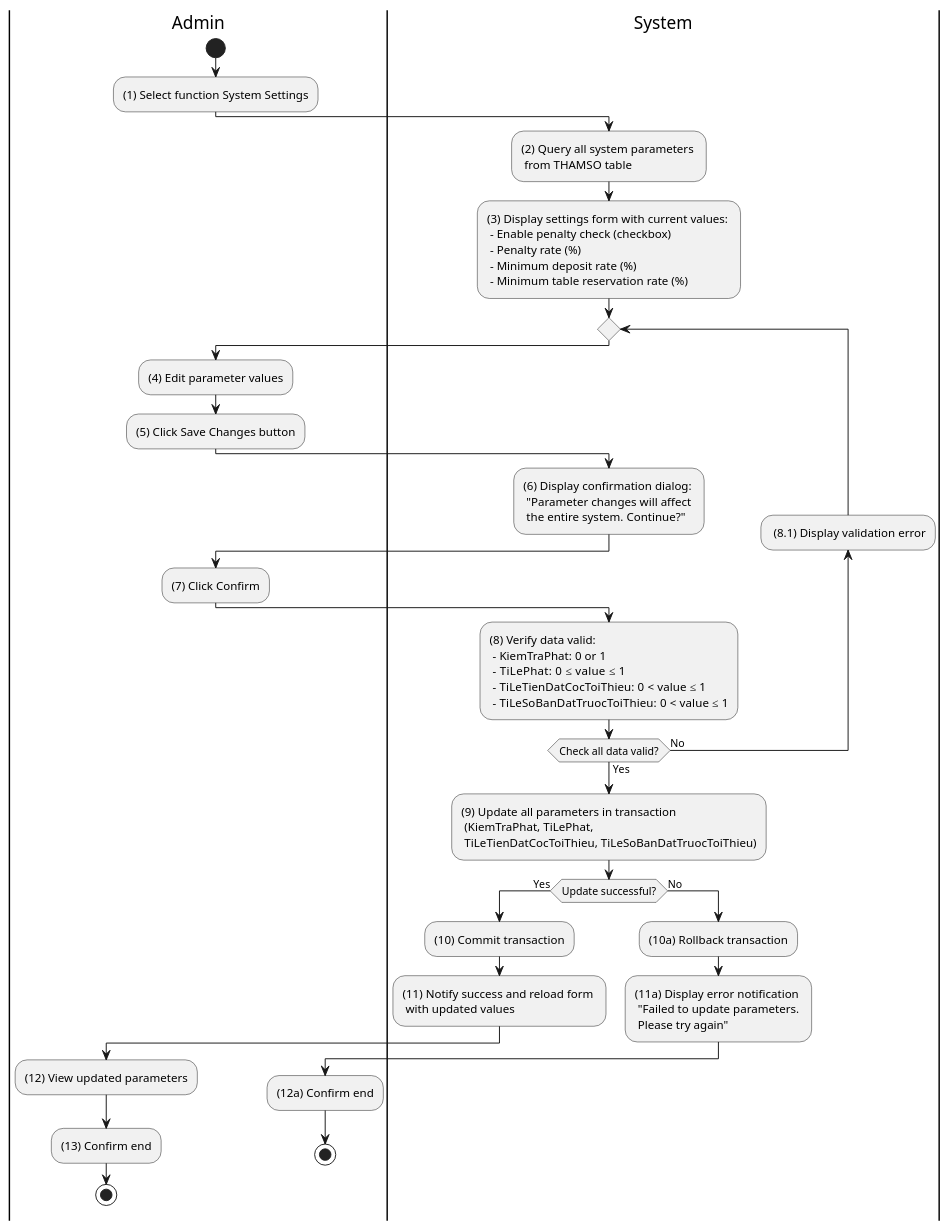
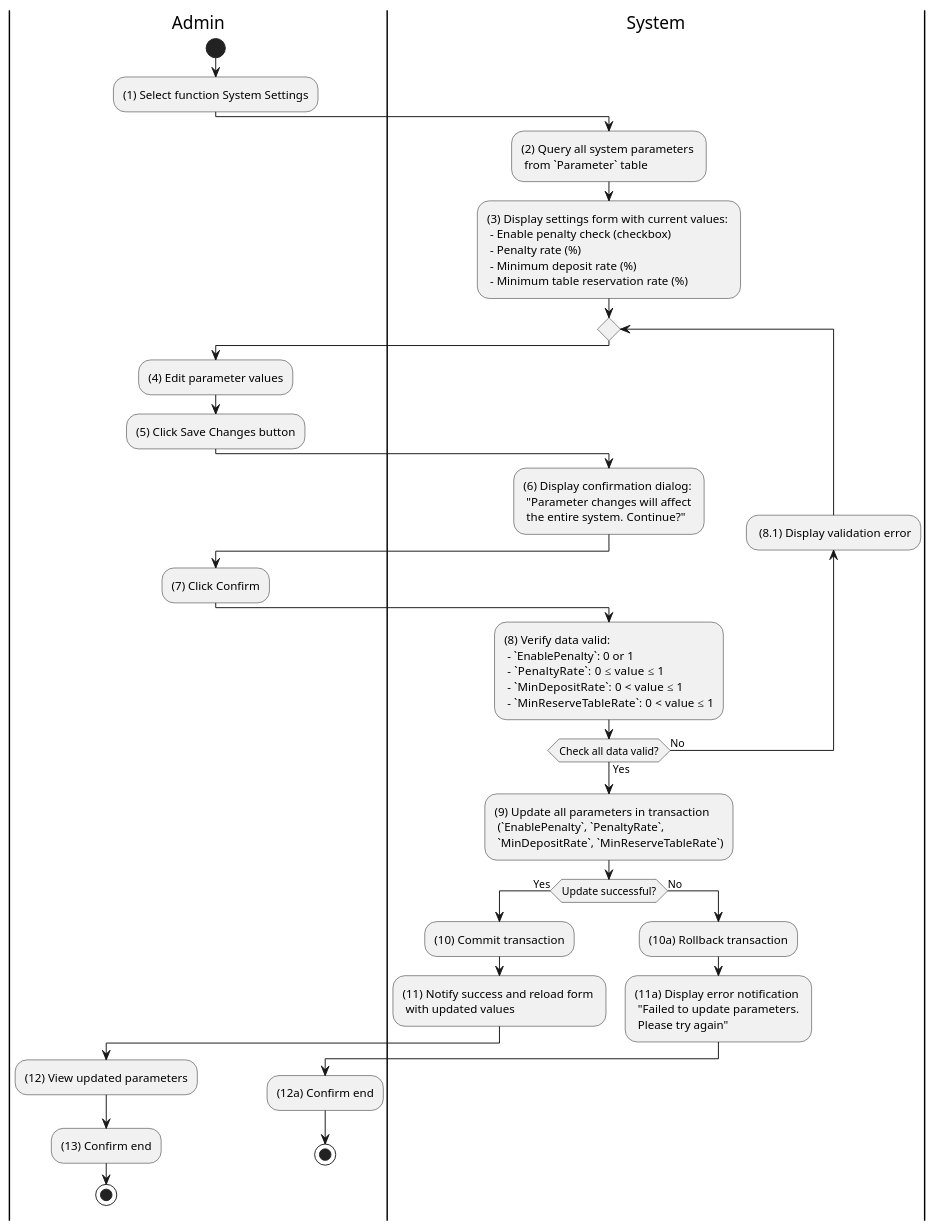
Before and after one commit to se113-wm/se113-wm.github.io: the diagram in docs/docs/activity for wedding management system/system-settings/manage-system-parameters.md, drawn with PlantUML. The commit also changed 64 other files, not shown here.

````diff
--- a/docs/docs/activity for wedding management system/system-settings/manage-system-parameters.md
+++ b/docs/docs/activity for wedding management system/system-settings/manage-system-parameters.md
@@ -3,55 +3,55 @@
 ```plantuml
 @startuml
 |A|Admin
 |Sys|System
 
 |A|
 start
 
 :(1) Select function System Settings;
 
 |Sys|
-:(2) Query all system parameters \n from THAMSO table;
+:(2) Query all system parameters \n from `Parameter` table;
 :(3) Display settings form with current values: \n - Enable penalty check (checkbox) \n - Penalty rate (%) \n - Minimum deposit rate (%) \n - Minimum table reservation rate (%);
 
 repeat
 	|A|
 	:(4) Edit parameter values;
 	:(5) Click Save Changes button;
 
 	|Sys|
 	:(6) Display confirmation dialog: \n "Parameter changes will affect \n the entire system. Continue?";
 
 	|A|
 	:(7) Click Confirm;
 
 	|Sys|
-	:(8) Verify data valid: \n - KiemTraPhat: 0 or 1 \n - TiLePhat: 0 ≤ value ≤ 1 \n - TiLeTienDatCocToiThieu: 0 < value ≤ 1 \n - TiLeSoBanDatTruocToiThieu: 0 < value ≤ 1;
+	:(8) Verify data valid: \n - `EnablePenalty`: 0 or 1 \n - `PenaltyRate`: 0 ≤ value ≤ 1 \n - `MinDepositRate`: 0 < value ≤ 1 \n - `MinReserveTableRate`: 0 < value ≤ 1;
 	backward: (8.1) Display validation error;
 repeat while (Check all data valid?) is (No) not (Yes)
 
 |Sys|
-:(9) Update all parameters in transaction \n (KiemTraPhat, TiLePhat, \n TiLeTienDatCocToiThieu, TiLeSoBanDatTruocToiThieu);
+:(9) Update all parameters in transaction \n (`EnablePenalty`, `PenaltyRate`, \n `MinDepositRate`, `MinReserveTableRate`);
 
 if (Update successful?) then (Yes)
 	|Sys|
 	:(10) Commit transaction;
 	:(11) Notify success and reload form \n with updated values;
 
 	|A|
 	:(12) View updated parameters;
 	:(13) Confirm end;
 
 	stop
 else (No)
 	|Sys|
 	:(10a) Rollback transaction;
 	:(11a) Display error notification \n "Failed to update parameters. \n Please try again";
     |A|
     :(12a) Confirm end;
 
 	stop
 endif
 
 @enduml
 ```
````
